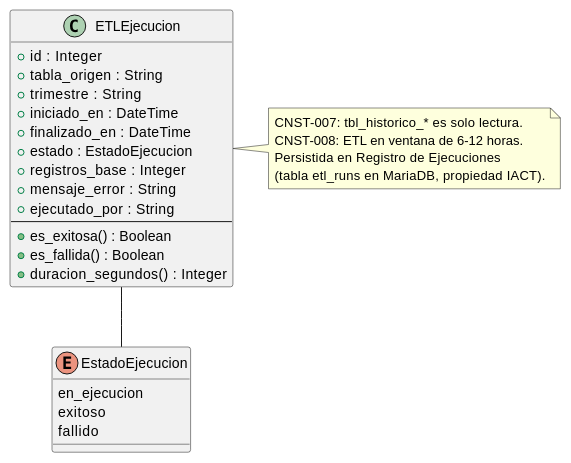
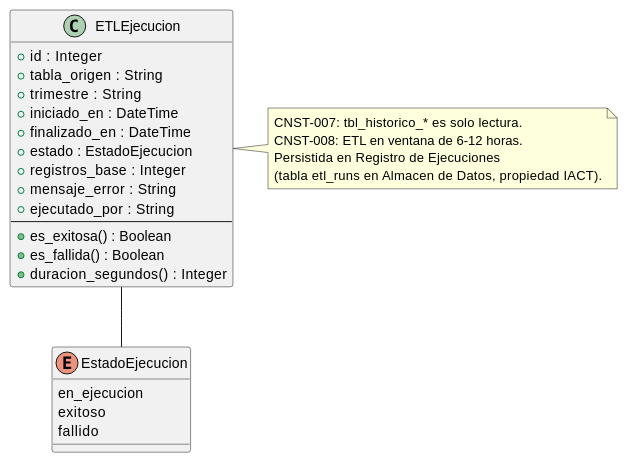
The diagram in source/arquitectura-tecnica/BoundedContexts/bounded-context-pipeline-etl.rst (jcg-admin/IACT-docs), drawn with PlantUML before and after one commit. The commit also changed 160 other files, not shown here.

```diff
--- a/source/arquitectura-tecnica/BoundedContexts/bounded-context-pipeline-etl.rst
+++ b/source/arquitectura-tecnica/BoundedContexts/bounded-context-pipeline-etl.rst
@@ -29,38 +29,38 @@
 .. uml::
  :caption: Bounded context Pipeline ETL — ejecuciones del Servicio
            ETL registradas en el Registro de Ejecuciones.
 
  @startuml
 
  class ETLEjecucion {
    + id : Integer
    + tabla_origen : String
    + trimestre : String
    + iniciado_en : DateTime
    + finalizado_en : DateTime
    + estado : EstadoEjecucion
    + registros_base : Integer
    + mensaje_error : String
    + ejecutado_por : String
    --
    + es_exitosa() : Boolean
    + es_fallida() : Boolean
    + duracion_segundos() : Integer
  }
 
  enum EstadoEjecucion {
    en_ejecucion
    exitoso
    fallido
  }
 
  ETLEjecucion -- EstadoEjecucion
 
  note right of ETLEjecucion
    CNST-007: tbl_historico_* es solo lectura.
    CNST-008: ETL en ventana de 6-12 horas.
    Persistida en Registro de Ejecuciones
-   (tabla etl_runs en MariaDB, propiedad IACT).
+   (tabla etl_runs en Almacen de Datos, propiedad IACT).
  end note
 
  @enduml
```
